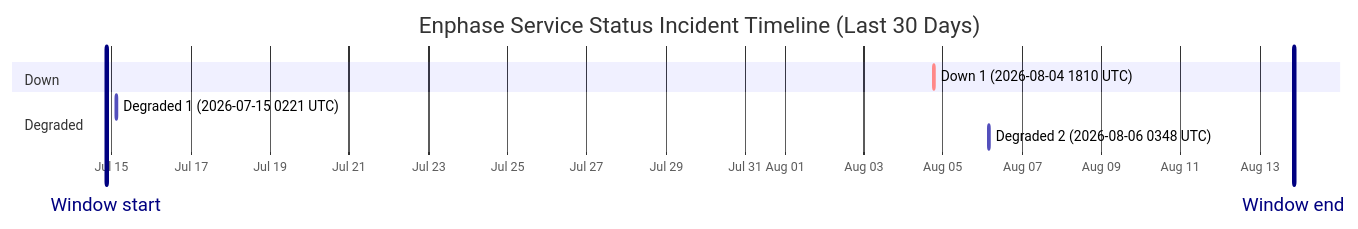
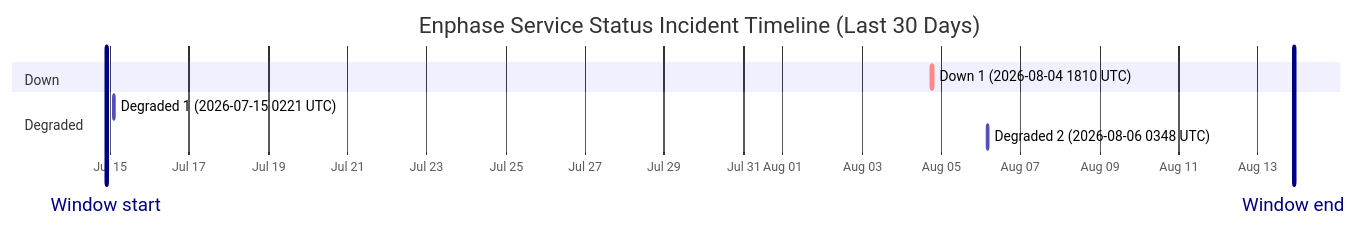
One commit to barneyonline/ha-enphase-energy changed the diagram in wiki/Service-Status-History.md. Above: the diagram before and after it, drawn with Mermaid. The commit also changed other lines of this file and 3 other files, not shown here.

````diff
--- a/wiki/Service-Status-History.md
+++ b/wiki/Service-Status-History.md
@@ -14,13 +14,13 @@
 ```mermaid
 gantt
     title Enphase Service Status Incident Timeline (Last 30 Days)
     dateFormat  YYYY-MM-DDTHH:mm:ss
     axisFormat  %b %d
-    Window start :vert, window-start, 2026-07-14T20:39:47, 0ms
-    Window end :vert, window-end, 2026-08-13T20:39:47, 0ms
+    Window start :vert, window-start, 2026-07-14T21:42:18, 0ms
+    Window end :vert, window-end, 2026-08-13T21:42:18, 0ms
     section Down
     Down 1 (2026-08-04 1810 UTC) :crit, down-1, 2026-08-04T18:10:46, 60m
     section Degraded
     Degraded 1 (2026-07-15 0221 UTC) :active, degraded-1, 2026-07-15T02:21:35, 60m
     Degraded 2 (2026-08-06 0348 UTC) :active, degraded-2, 2026-08-06T03:48:14, 60m
 ```
````
